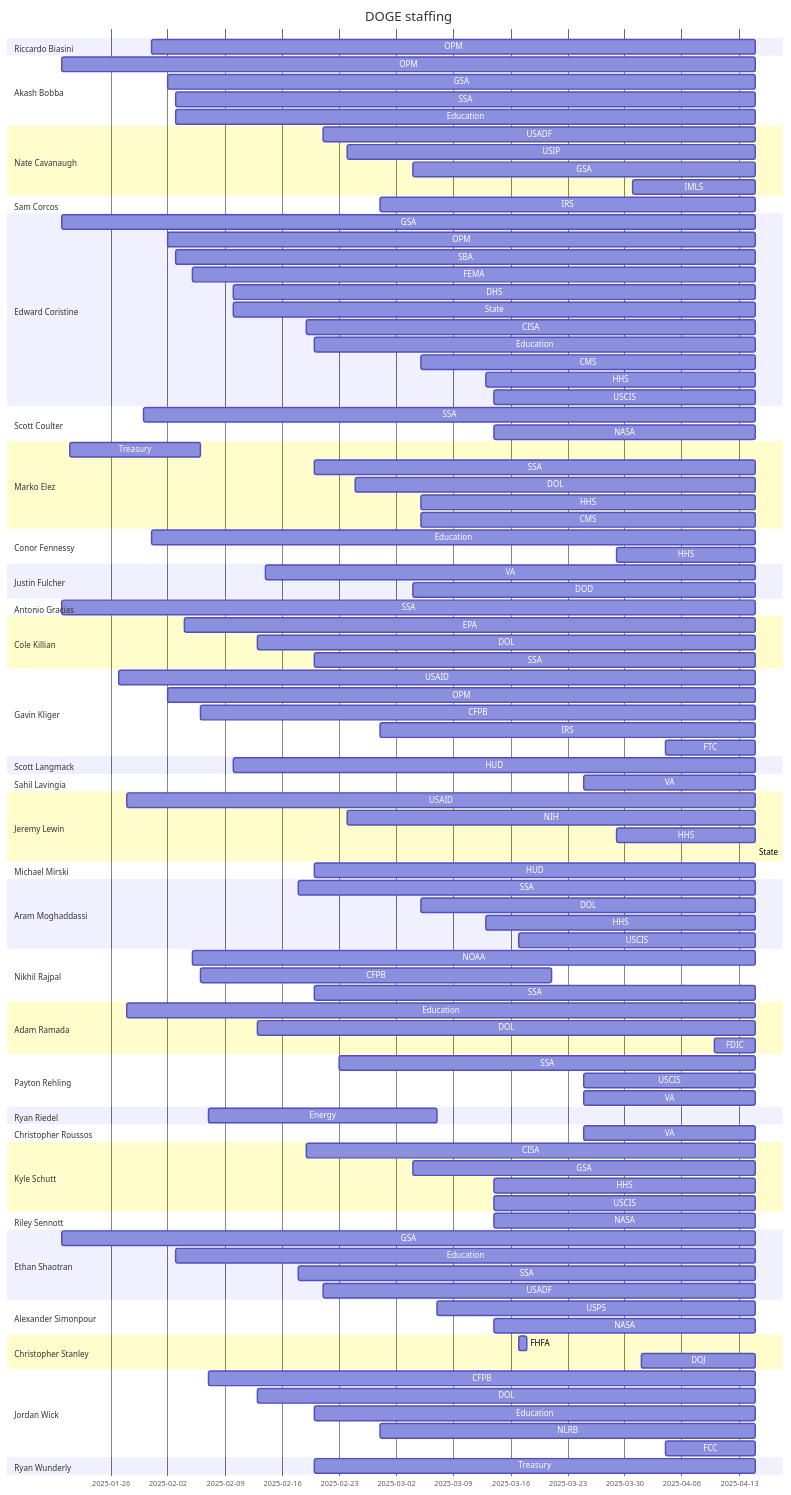
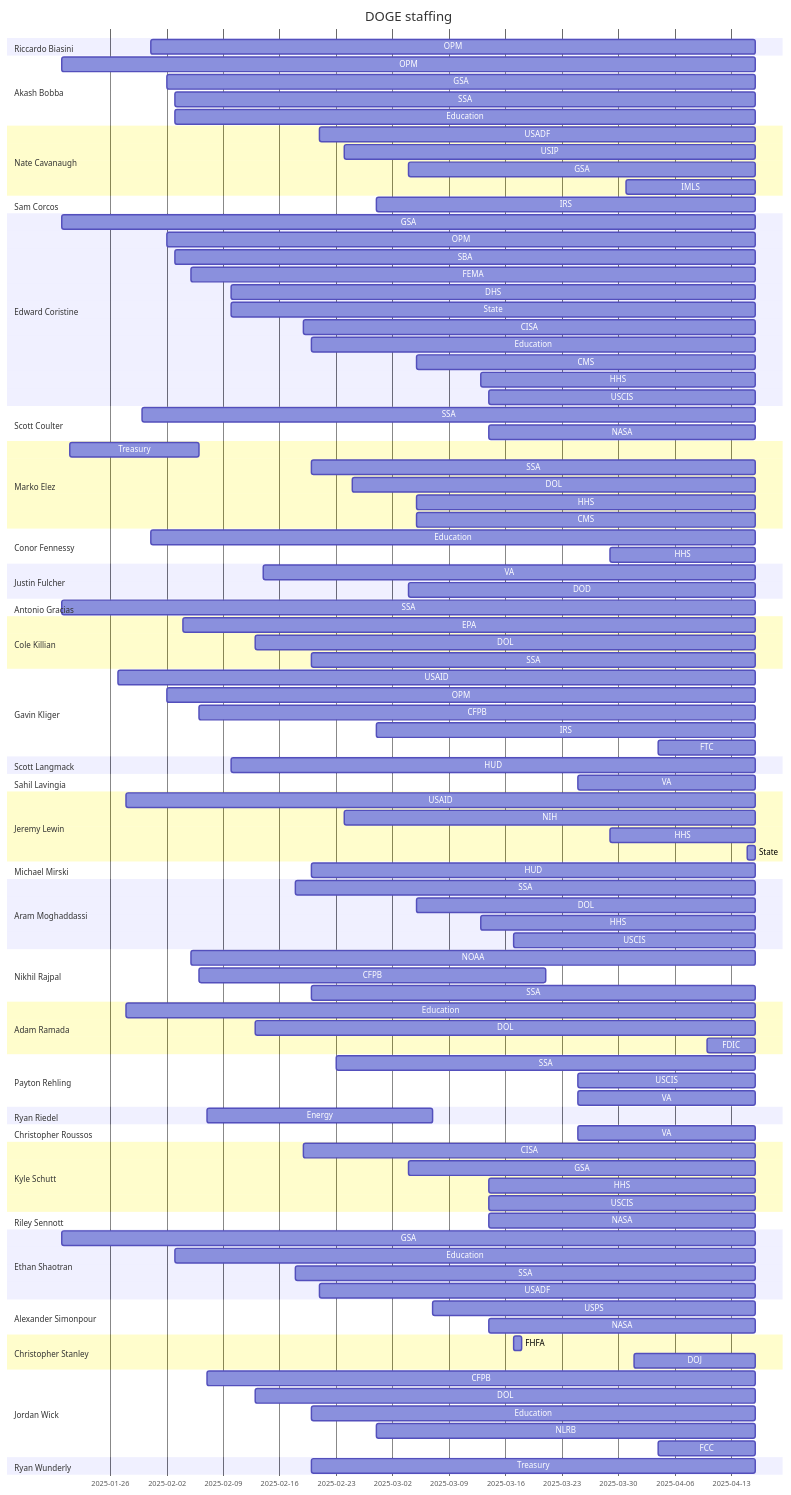
One commit to harrisj/trump_data changed the diagram in it_modernization/staffing_chart.md. Above: the diagram before and after it, drawn with Mermaid. The commit also changed 16 other files, not shown here.

````diff
--- a/it_modernization/staffing_chart.md
+++ b/it_modernization/staffing_chart.md
@@ -4,114 +4,114 @@
     todayMarker off
     dateFormat YYYY-MM-DD
     section Riccardo Biasini
-        OPM : 2025-01-31, 2025-04-15
+        OPM : 2025-01-31, 2025-04-16
     section Akash Bobba
-        OPM : 2025-01-20, 2025-04-15
-        GSA : 2025-02-02, 2025-04-15
-        SSA : 2025-02-03, 2025-04-15
-        Education : 2025-02-03, 2025-04-15
+        OPM : 2025-01-20, 2025-04-16
+        GSA : 2025-02-02, 2025-04-16
+        SSA : 2025-02-03, 2025-04-16
+        Education : 2025-02-03, 2025-04-16
     section Nate Cavanaugh
-        USADF : 2025-02-21, 2025-04-15
-        USIP : 2025-02-24, 2025-04-15
-        GSA : 2025-03-04, 2025-04-15
-        IMLS : 2025-03-31, 2025-04-15
+        USADF : 2025-02-21, 2025-04-16
+        USIP : 2025-02-24, 2025-04-16
+        GSA : 2025-03-04, 2025-04-16
+        IMLS : 2025-03-31, 2025-04-16
     section Sam Corcos
-        IRS : 2025-02-28, 2025-04-15
+        IRS : 2025-02-28, 2025-04-16
     section Edward Coristine
-        GSA : 2025-01-20, 2025-04-15
-        OPM : 2025-02-02, 2025-04-15
-        SBA : 2025-02-03, 2025-04-15
-        FEMA : 2025-02-05, 2025-04-15
-        DHS : 2025-02-10, 2025-04-15
-        State : 2025-02-10, 2025-04-15
-        CISA : 2025-02-19, 2025-04-15
-        Education : 2025-02-20, 2025-04-15
-        CMS : 2025-03-05, 2025-04-15
-        HHS : 2025-03-13, 2025-04-15
-        USCIS : 2025-03-14, 2025-04-15
+        GSA : 2025-01-20, 2025-04-16
+        OPM : 2025-02-02, 2025-04-16
+        SBA : 2025-02-03, 2025-04-16
+        FEMA : 2025-02-05, 2025-04-16
+        DHS : 2025-02-10, 2025-04-16
+        State : 2025-02-10, 2025-04-16
+        CISA : 2025-02-19, 2025-04-16
+        Education : 2025-02-20, 2025-04-16
+        CMS : 2025-03-05, 2025-04-16
+        HHS : 2025-03-13, 2025-04-16
+        USCIS : 2025-03-14, 2025-04-16
     section Scott Coulter
-        SSA : 2025-01-30, 2025-04-15
-        NASA : 2025-03-14, 2025-04-15
+        SSA : 2025-01-30, 2025-04-16
+        NASA : 2025-03-14, 2025-04-16
     section Marko Elez
         Treasury : 2025-01-21, 2025-02-06
-        SSA : 2025-02-20, 2025-04-15
-        DOL : 2025-02-25, 2025-04-15
-        HHS : 2025-03-05, 2025-04-15
-        CMS : 2025-03-05, 2025-04-15
+        SSA : 2025-02-20, 2025-04-16
+        DOL : 2025-02-25, 2025-04-16
+        HHS : 2025-03-05, 2025-04-16
+        CMS : 2025-03-05, 2025-04-16
     section Conor Fennessy
-        Education : 2025-01-31, 2025-04-15
-        HHS : 2025-03-29, 2025-04-15
+        Education : 2025-01-31, 2025-04-16
+        HHS : 2025-03-29, 2025-04-16
     section Justin Fulcher
-        VA : 2025-02-14, 2025-04-15
-        DOD : 2025-03-04, 2025-04-15
+        VA : 2025-02-14, 2025-04-16
+        DOD : 2025-03-04, 2025-04-16
     section Antonio Gracias
-        SSA : 2025-01-20, 2025-04-15
+        SSA : 2025-01-20, 2025-04-16
     section Cole Killian
-        EPA : 2025-02-04, 2025-04-15
-        DOL : 2025-02-13, 2025-04-15
-        SSA : 2025-02-20, 2025-04-15
+        EPA : 2025-02-04, 2025-04-16
+        DOL : 2025-02-13, 2025-04-16
+        SSA : 2025-02-20, 2025-04-16
     section Gavin Kliger
-        USAID : 2025-01-27, 2025-04-15
-        OPM : 2025-02-02, 2025-04-15
-        CFPB : 2025-02-06, 2025-04-15
-        IRS : 2025-02-28, 2025-04-15
-        FTC : 2025-04-04, 2025-04-15
+        USAID : 2025-01-27, 2025-04-16
+        OPM : 2025-02-02, 2025-04-16
+        CFPB : 2025-02-06, 2025-04-16
+        IRS : 2025-02-28, 2025-04-16
+        FTC : 2025-04-04, 2025-04-16
     section Scott Langmack
-        HUD : 2025-02-10, 2025-04-15
+        HUD : 2025-02-10, 2025-04-16
     section Sahil Lavingia
-        VA : 2025-03-25, 2025-04-15
+        VA : 2025-03-25, 2025-04-16
     section Jeremy Lewin
-        USAID : 2025-01-28, 2025-04-15
-        NIH : 2025-02-24, 2025-04-15
-        HHS : 2025-03-29, 2025-04-15
-        State : 2025-04-15, 2025-04-15
+        USAID : 2025-01-28, 2025-04-16
+        NIH : 2025-02-24, 2025-04-16
+        HHS : 2025-03-29, 2025-04-16
+        State : 2025-04-15, 2025-04-16
     section Michael Mirski
-        HUD : 2025-02-20, 2025-04-15
+        HUD : 2025-02-20, 2025-04-16
     section Aram Moghaddassi
-        SSA : 2025-02-18, 2025-04-15
-        DOL : 2025-03-05, 2025-04-15
-        HHS : 2025-03-13, 2025-04-15
-        USCIS : 2025-03-17, 2025-04-15
+        SSA : 2025-02-18, 2025-04-16
+        DOL : 2025-03-05, 2025-04-16
+        HHS : 2025-03-13, 2025-04-16
+        USCIS : 2025-03-17, 2025-04-16
     section Nikhil Rajpal
-        NOAA : 2025-02-05, 2025-04-15
+        NOAA : 2025-02-05, 2025-04-16
         CFPB : 2025-02-06, 2025-03-21
-        SSA : 2025-02-20, 2025-04-15
+        SSA : 2025-02-20, 2025-04-16
     section Adam Ramada
-        Education : 2025-01-28, 2025-04-15
-        DOL : 2025-02-13, 2025-04-15
-        FDIC : 2025-04-10, 2025-04-15
+        Education : 2025-01-28, 2025-04-16
+        DOL : 2025-02-13, 2025-04-16
+        FDIC : 2025-04-10, 2025-04-16
     section Payton Rehling
-        SSA : 2025-02-23, 2025-04-15
-        USCIS : 2025-03-25, 2025-04-15
-        VA : 2025-03-25, 2025-04-15
+        SSA : 2025-02-23, 2025-04-16
+        USCIS : 2025-03-25, 2025-04-16
+        VA : 2025-03-25, 2025-04-16
     section Ryan Riedel
         Energy : 2025-02-07, 2025-03-07
     section Christopher Roussos
-        VA : 2025-03-25, 2025-04-15
+        VA : 2025-03-25, 2025-04-16
     section Kyle Schutt
-        CISA : 2025-02-19, 2025-04-15
-        GSA : 2025-03-04, 2025-04-15
-        HHS : 2025-03-14, 2025-04-15
-        USCIS : 2025-03-14, 2025-04-15
+        CISA : 2025-02-19, 2025-04-16
+        GSA : 2025-03-04, 2025-04-16
+        HHS : 2025-03-14, 2025-04-16
+        USCIS : 2025-03-14, 2025-04-16
     section Riley Sennott
-        NASA : 2025-03-14, 2025-04-15
+        NASA : 2025-03-14, 2025-04-16
     section Ethan Shaotran
-        GSA : 2025-01-20, 2025-04-15
-        Education : 2025-02-03, 2025-04-15
-        SSA : 2025-02-18, 2025-04-15
-        USADF : 2025-02-21, 2025-04-15
+        GSA : 2025-01-20, 2025-04-16
+        Education : 2025-02-03, 2025-04-16
+        SSA : 2025-02-18, 2025-04-16
+        USADF : 2025-02-21, 2025-04-16
     section Alexander Simonpour
-        USPS : 2025-03-07, 2025-04-15
-        NASA : 2025-03-14, 2025-04-15
+        USPS : 2025-03-07, 2025-04-16
+        NASA : 2025-03-14, 2025-04-16
     section Christopher Stanley
         FHFA : 2025-03-17, 2025-03-18
-        DOJ : 2025-04-01, 2025-04-15
+        DOJ : 2025-04-01, 2025-04-16
     section Jordan Wick
-        CFPB : 2025-02-07, 2025-04-15
-        DOL : 2025-02-13, 2025-04-15
-        Education : 2025-02-20, 2025-04-15
-        NLRB : 2025-02-28, 2025-04-15
-        FCC : 2025-04-04, 2025-04-15
+        CFPB : 2025-02-07, 2025-04-16
+        DOL : 2025-02-13, 2025-04-16
+        Education : 2025-02-20, 2025-04-16
+        NLRB : 2025-02-28, 2025-04-16
+        FCC : 2025-04-04, 2025-04-16
     section Ryan Wunderly
-        Treasury : 2025-02-20, 2025-04-15
+        Treasury : 2025-02-20, 2025-04-16
 ```
````
